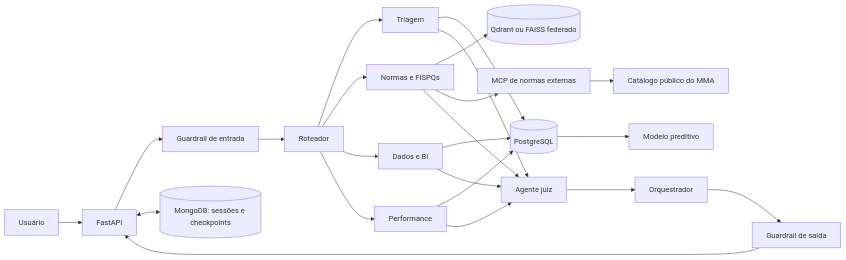
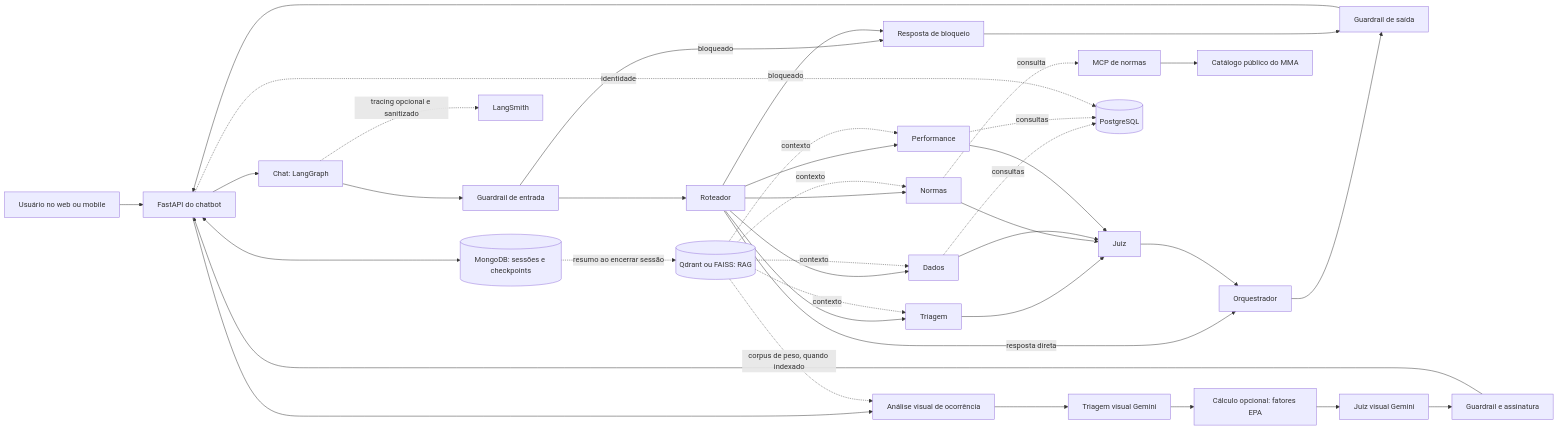
The diagram in README.md (app-volta/volta-chatbot), drawn with Mermaid before and after one commit. The commit also changed other lines of this file and 50 other files, not shown here.

```diff
--- a/README.md
+++ b/README.md
@@ -23,25 +23,32 @@
 ~~~mermaid
 flowchart LR
-    U[Usuário] --> API[FastAPI]
-    API --> GI[Guardrail de entrada]
+    U[Usuário no web ou mobile] --> API[FastAPI do chatbot]
+    API --> CHAT[Chat: LangGraph]
+    CHAT --> GI[Guardrail de entrada]
     GI --> R[Roteador]
+    GI -->|bloqueado| B[Resposta de bloqueio]
     R --> T[Triagem]
-    R --> N[Normas e FISPQs]
-    R --> D[Dados e BI]
+    R --> N[Normas]
+    R --> D[Dados]
     R --> P[Performance]
-    T --> SQL[(PostgreSQL)]
-    D --> SQL
-    P --> SQL
-    SQL --> PR[Modelo preditivo]
-    N --> RAG[(Qdrant ou FAISS federado)]
-    N --> MCP[MCP de normas externas]
-    MCP --> MMA[Catálogo público do MMA]
-    T --> J[Agente juiz]
-    N --> J
-    D --> J
-    P --> J
-    J --> O[Orquestrador]
-    O --> GO[Guardrail de saída]
+    R -->|resposta direta| O[Orquestrador]
+    R -->|bloqueado| B
+    T & N & D & P --> J[Juiz]
+    J --> O
+    O & B --> GO[Guardrail de saída]
     GO --> API
+    API --> V[Análise visual de ocorrência]
+    V --> VP[Triagem visual Gemini]
+    VP --> CALC[Cálculo opcional: fatores EPA]
+    CALC --> VJ[Juiz visual Gemini]
+    VJ --> VS[Guardrail e assinatura]
+    VS --> API
+    RAG[(Qdrant ou FAISS: RAG)] -. contexto .-> T & N & D & P
+    RAG -. corpus de peso, quando indexado .-> V
+    N -. consulta .-> MCP[MCP de normas] --> MMA[Catálogo público do MMA]
+    D & P -. consultas .-> SQL[(PostgreSQL)]
+    API -. identidade .-> SQL
     API <--> M[(MongoDB: sessões e checkpoints)]
+    M -. resumo ao encerrar sessão .-> RAG
+    CHAT -. tracing opcional e sanitizado .-> LS[LangSmith]
 ~~~
```
